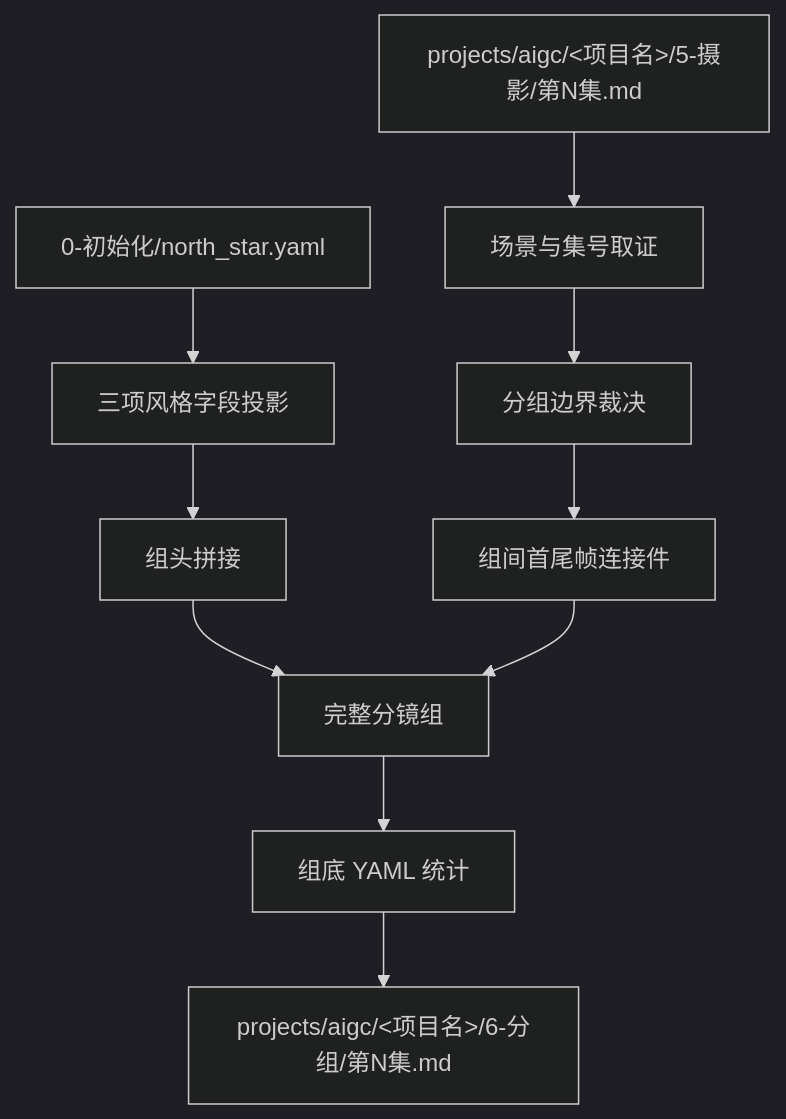
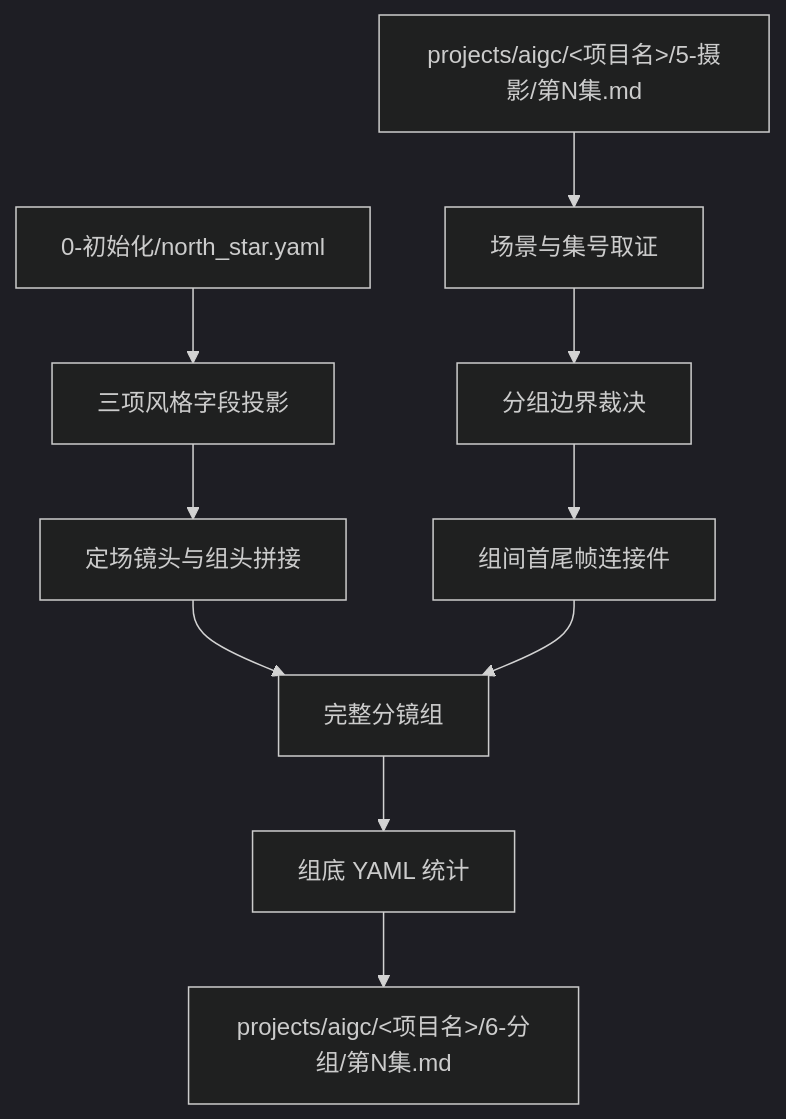
The first of 4 diagrams in .agents/skills/aigc/6-分组/SKILL.md (ZEN-VOID/AI-CUT), drawn with Mermaid (dark theme) before and after one commit. The commit also changed other lines of this file and 86 other files, not shown here.

````diff
--- a/.agents/skills/aigc/6-分组/SKILL.md
+++ b/.agents/skills/aigc/6-分组/SKILL.md
@@ -87,12 +88,12 @@
 ```mermaid
 flowchart TD
     A["projects/aigc/<项目名>/5-摄影/第N集.md"] --> B["场景与集号取证"]
     C["0-初始化/north_star.yaml"] --> D["三项风格字段投影"]
     B --> E["分组边界裁决"]
-    D --> F["组头拼接"]
+    D --> F["定场镜头与组头拼接"]
     E --> G["组间首尾帧连接件"]
     F --> H["完整分镜组"]
     G --> H
     H --> I["组底 YAML 统计"]
     I --> J["projects/aigc/<项目名>/6-分组/第N集.md"]
 ```
````
